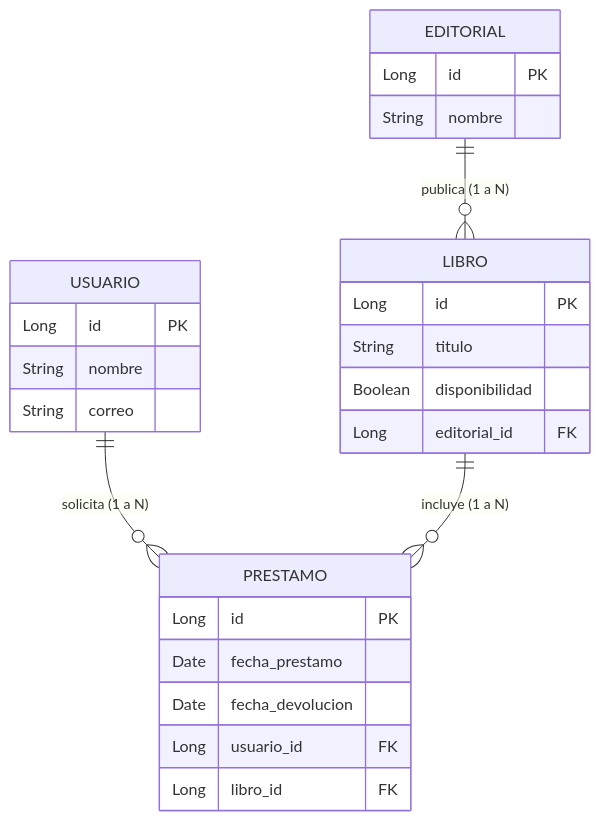
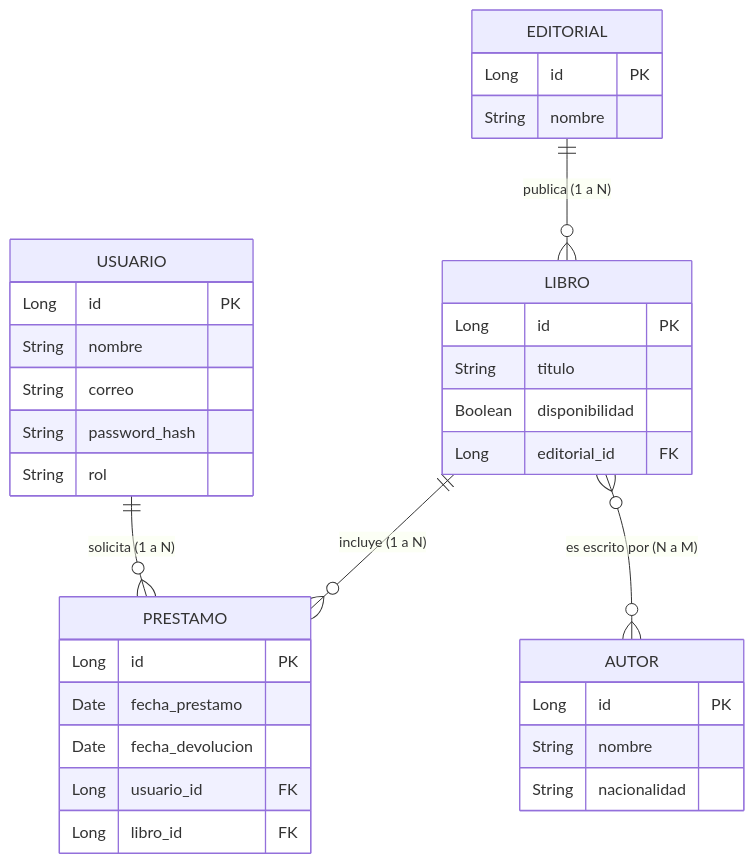
Before and after one commit to itzelsalas985-dev/biblioteca-api: the first of 2 diagrams in README.md, drawn with Mermaid. The commit also changed other lines of this file, not shown here.

````diff
--- a/README.md
+++ b/README.md
@@ -47,32 +184,41 @@
 ```mermaid
 erDiagram
     EDITORIAL ||--o{ LIBRO : "publica (1 a N)"
     USUARIO ||--o{ PRESTAMO : "solicita (1 a N)"
     LIBRO ||--o{ PRESTAMO : "incluye (1 a N)"
+    LIBRO }o--o{ AUTOR : "es escrito por (N a M)"
 
     EDITORIAL {
         Long id PK
         String nombre
     }
 
     LIBRO {
         Long id PK
         String titulo
         Boolean disponibilidad
         Long editorial_id FK
     }
 
+    AUTOR {
+        Long id PK
+        String nombre
+        String nacionalidad
+    }
+
     USUARIO {
         Long id PK
         String nombre
         String correo
+        String password_hash
+        String rol
     }
 
     PRESTAMO {
         Long id PK
         Date fecha_prestamo
         Date fecha_devolucion
         Long usuario_id FK
         Long libro_id FK
     }
 ```
````
